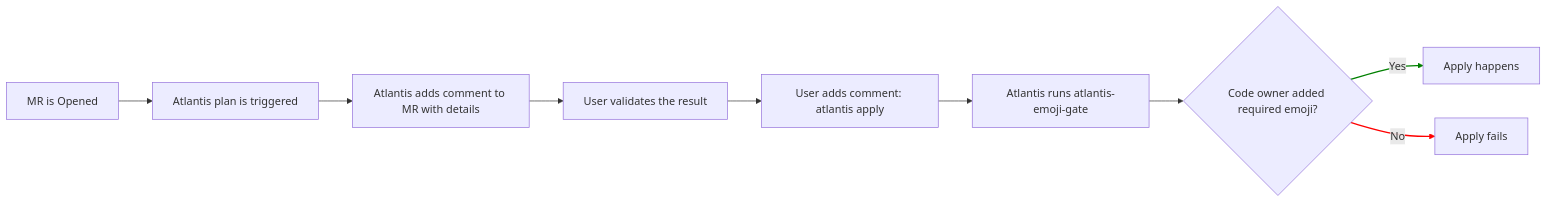
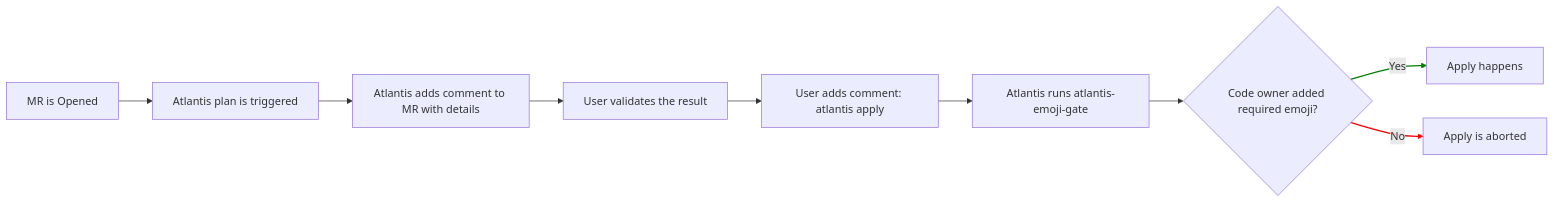
Before and after one commit to shini4i/atlantis-emoji-gate: the diagram in README.md, drawn with Mermaid.

Commit message:
docs(readme): improve wording in mermaid diagram

````diff
--- a/README.md
+++ b/README.md
@@ -26,15 +26,15 @@
 ```mermaid
 graph LR
     A[MR is Opened] --> B[Atlantis plan is triggered]
     B --> C[Atlantis adds comment to MR with details]
     C --> D[User validates the result]
     D --> E[User adds comment: atlantis apply]
     E --> F[Atlantis runs atlantis-emoji-gate]
     F --> G{Code owner added required emoji?}
     G -->|Yes| H[Apply happens]
-    G -->|No| I[Apply fails]
+    G -->|No| I[Apply is aborted]
 
 %% Style links
     linkStyle 6 stroke:green,stroke-width:2px
     linkStyle 7 stroke:red,stroke-width:2px
 ```
````
